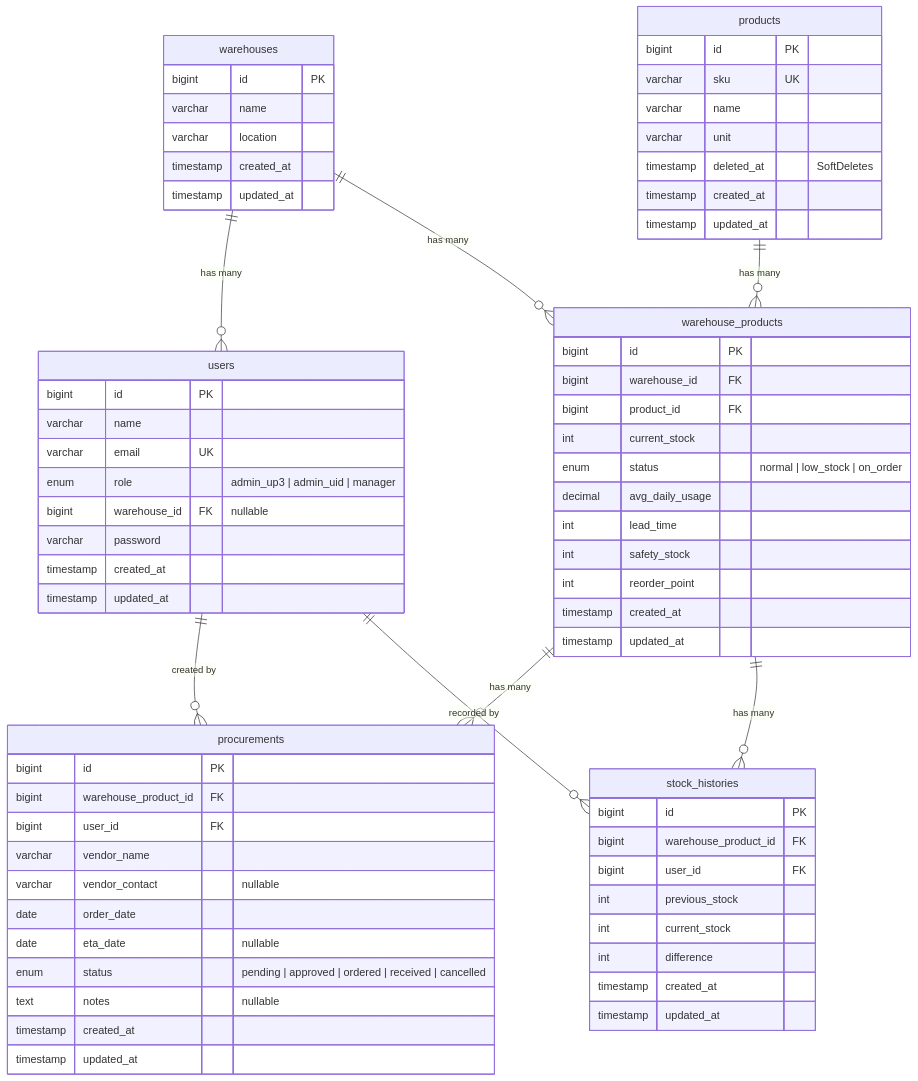
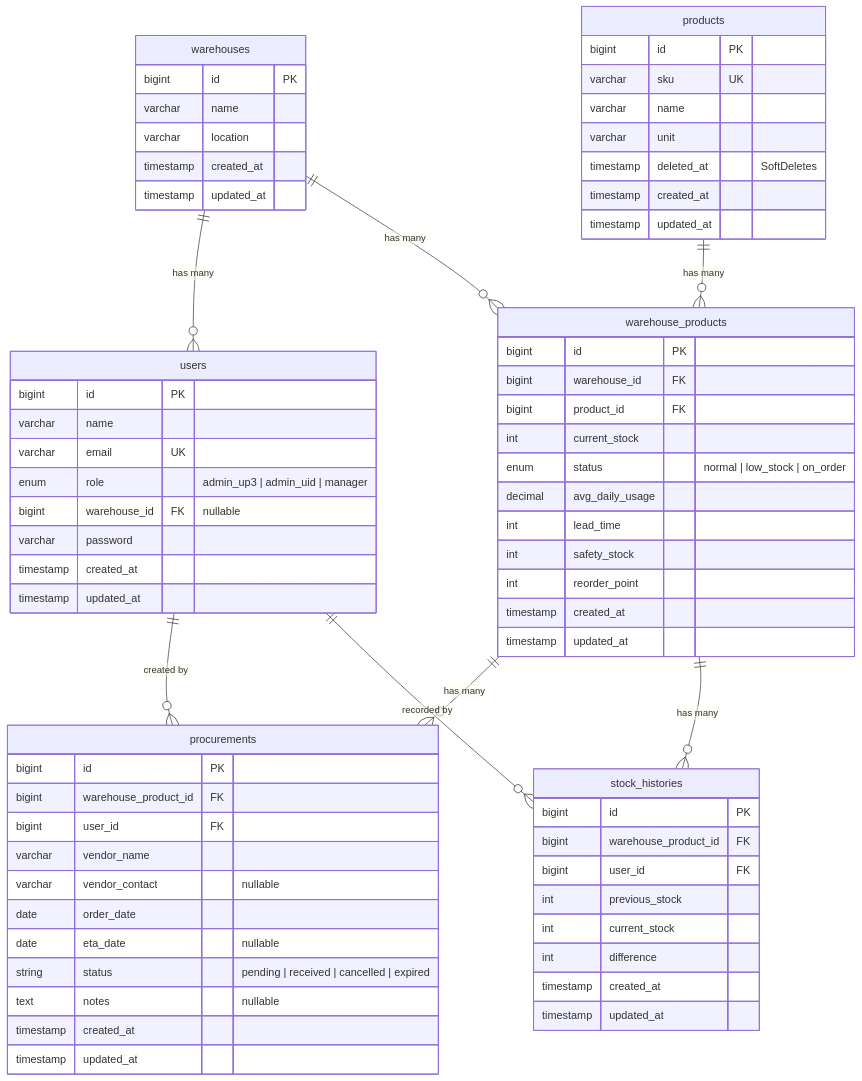
One commit to NaufalMusyaafa/sistem-managemen-stok-produk changed the diagram in README.md. Above: the diagram before and after it, drawn with Mermaid. The commit also changed other lines of this file, not shown here.

````diff
--- a/README.md
+++ b/README.md
@@ -156,78 +192,78 @@
 ```mermaid
 erDiagram
     warehouses {
         bigint id PK
         varchar name
         varchar location
         timestamp created_at
         timestamp updated_at
     }
 
     users {
         bigint id PK
         varchar name
         varchar email UK
         enum role "admin_up3 | admin_uid | manager"
         bigint warehouse_id FK "nullable"
         varchar password
         timestamp created_at
         timestamp updated_at
     }
 
     products {
         bigint id PK
         varchar sku UK
         varchar name
         varchar unit
         timestamp deleted_at "SoftDeletes"
         timestamp created_at
         timestamp updated_at
     }
 
     warehouse_products {
         bigint id PK
         bigint warehouse_id FK
         bigint product_id FK
         int current_stock
         enum status "normal | low_stock | on_order"
         decimal avg_daily_usage
         int lead_time
         int safety_stock
         int reorder_point
         timestamp created_at
         timestamp updated_at
     }
 
     procurements {
         bigint id PK
         bigint warehouse_product_id FK
         bigint user_id FK
         varchar vendor_name
         varchar vendor_contact "nullable"
         date order_date
         date eta_date "nullable"
-        enum status "pending | approved | ordered | received | cancelled"
+        string status "pending | received | cancelled | expired"
         text notes "nullable"
         timestamp created_at
         timestamp updated_at
     }
 
     stock_histories {
         bigint id PK
         bigint warehouse_product_id FK
         bigint user_id FK
         int previous_stock
         int current_stock
         int difference
         timestamp created_at
         timestamp updated_at
     }
 
     warehouses ||--o{ users : "has many"
     warehouses ||--o{ warehouse_products : "has many"
     products ||--o{ warehouse_products : "has many"
     warehouse_products ||--o{ procurements : "has many"
     warehouse_products ||--o{ stock_histories : "has many"
     users ||--o{ procurements : "created by"
     users ||--o{ stock_histories : "recorded by"
 ```
````
